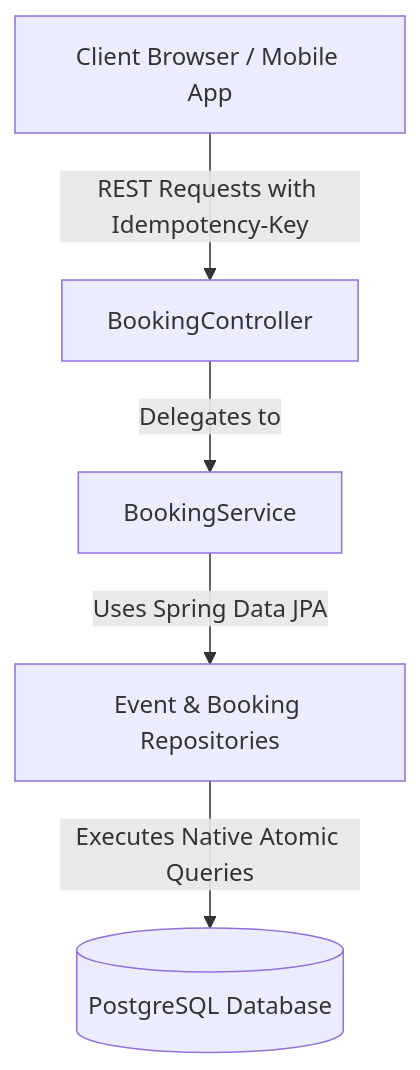
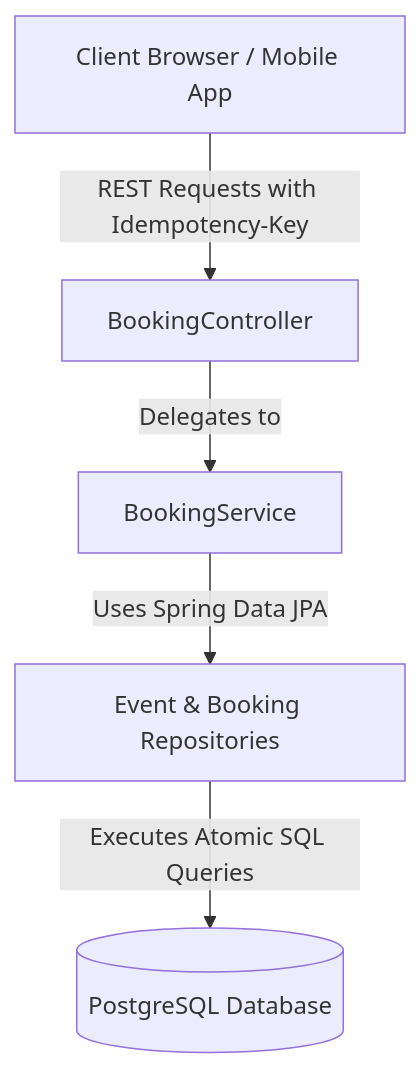
Before and after one commit to havinash-24/Events_Booking_concurrency_logs: the first of 3 diagrams in Events_Booking_concurrency_logs/README.md, drawn with Mermaid. The commit also changed other lines of this file, not shown here.

````diff
--- a/Events_Booking_concurrency_logs/README.md
+++ b/Events_Booking_concurrency_logs/README.md
@@ -54,13 +53,13 @@
 ```mermaid
 graph TD
     Client[Client Browser / Mobile App]
     Controller[BookingController]
     Service[BookingService]
     Repo[Event & Booking Repositories]
     DB[(PostgreSQL Database)]
 
     Client -->|REST Requests with Idempotency-Key| Controller
     Controller -->|Delegates to| Service
     Service -->|Uses Spring Data JPA| Repo
-    Repo -->|Executes Native Atomic Queries| DB
+    Repo -->|Executes Atomic SQL Queries| DB
 ```
````
